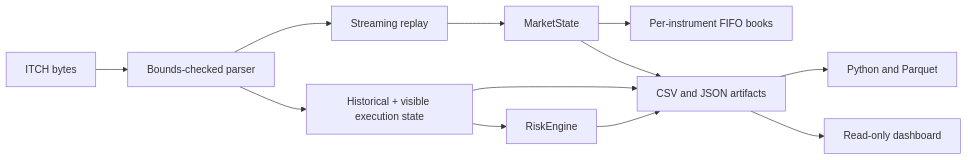
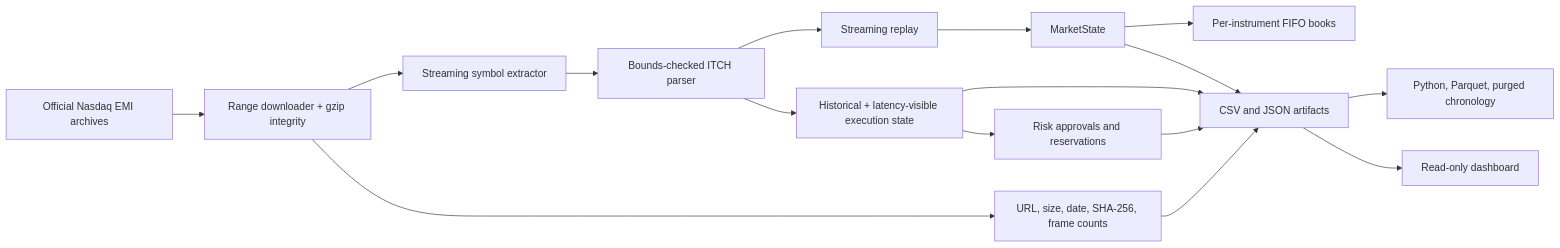
One commit to SatvikK-07/AegisX changed the diagram in docs/architecture.md. Above: the diagram before and after it, drawn with Mermaid. The commit also changed other lines of this file and 43 other files, not shown here.

Commit message:
Shift validation pipeline to official Nasdaq data

````diff
--- a/docs/architecture.md
+++ b/docs/architecture.md
@@ -3,14 +3,18 @@
 ```mermaid
 flowchart LR
-  Feed[ITCH bytes] --> Parser[Bounds-checked parser]
-  Parser --> Replay[Streaming replay]
-  Replay --> State[MarketState]
-  State --> Books[Per-instrument FIFO books]
-  Parser --> Execution[Historical + visible execution state]
-  Execution --> Risk[Risk approvals and reservations]
-  State --> Artifacts[CSV and JSON artifacts]
+  Nasdaq["Official Nasdaq EMI archives"] --> Acquire["Range downloader + gzip integrity"]
+  Acquire --> Provenance["URL, size, date, SHA-256, frame counts"]
+  Acquire --> Extract["Streaming symbol extractor"]
+  Extract --> Parser["Bounds-checked ITCH parser"]
+  Parser --> Replay["Streaming replay"]
+  Replay --> State["MarketState"]
+  State --> Books["Per-instrument FIFO books"]
+  Parser --> Execution["Historical + latency-visible execution state"]
+  Execution --> Risk["Risk approvals and reservations"]
+  State --> Artifacts["CSV and JSON artifacts"]
   Execution --> Artifacts
-  Risk[RiskEngine] --> Artifacts
-  Artifacts --> Research[Python and Parquet]
-  Artifacts --> Dashboard[Read-only dashboard]
+  Risk --> Artifacts
+  Provenance --> Artifacts
+  Artifacts --> Research["Python, Parquet, purged chronology"]
+  Artifacts --> Dashboard["Read-only dashboard"]
 ```
````
